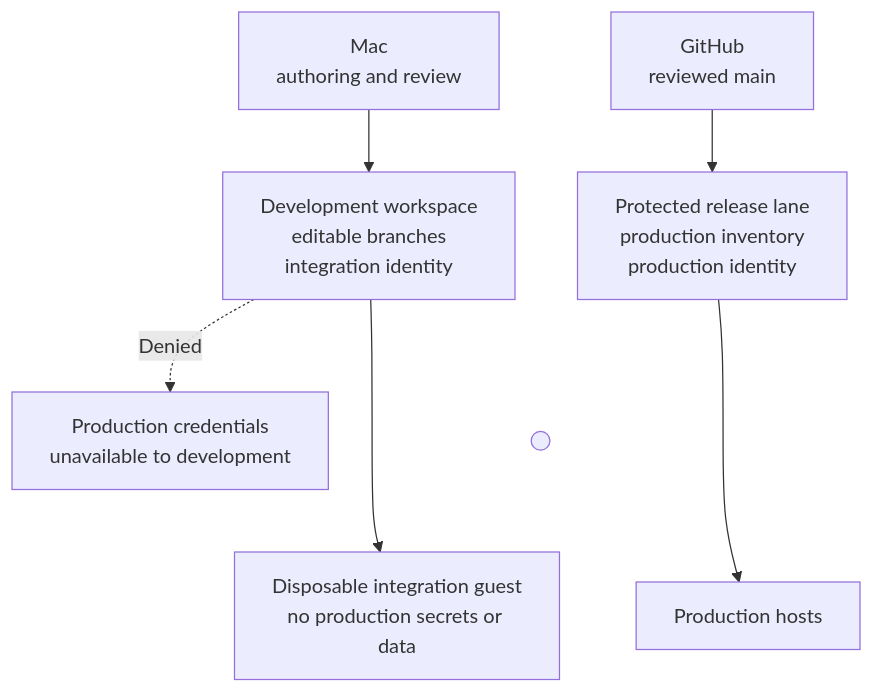
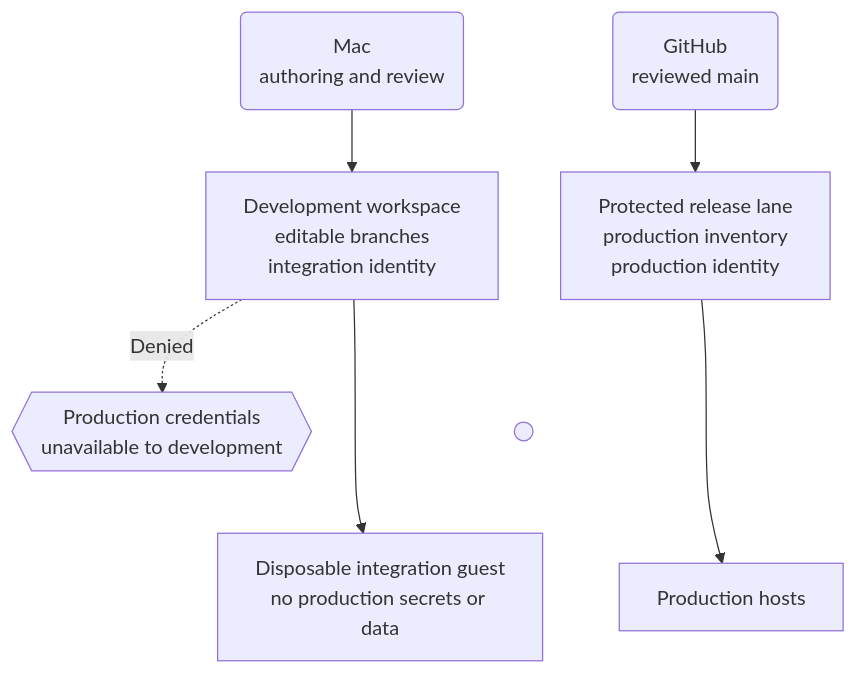
Before and after one commit to jnanic/jnanic.github.io: the third of 4 diagrams in site/content/blog/building-my-homelab-part5.md, drawn with Mermaid. The commit also changed other lines of this file and 3 other files, not shown here.

Commit message:
updated mermaind diagrams on rest of the blogs.

````diff
--- a/site/content/blog/building-my-homelab-part5.md
+++ b/site/content/blog/building-my-homelab-part5.md
@@ -137,31 +138,31 @@
 ```mermaid size=standard caption="Development and production authority separation"
 flowchart TB
     accTitle: Development and production authority separation
     accDescr: Mac development reaches a management controller development workspace and a disposable integration guest, while reviewed GitHub main enters a separate protected release lane with production credentials and access to production hosts.
 %% panel MGMT "Vishwakarma management VM": DEV,RELEASE,DENIED
 
-    MAC["Mac<br/>authoring and review"]
-    GITHUB["GitHub<br/>reviewed main"]
+    MAC("Mac<br/>authoring and review")
+    GITHUB("GitHub<br/>reviewed main")
     DEV["Development workspace<br/>editable branches<br/>integration identity"]
     RELEASE["Protected release lane<br/>production inventory<br/>production identity"]
-    DENIED["Production credentials<br/>unavailable to development"]
+    DENIED{{"Production credentials<br/>unavailable to development"}}
     INTEGRATION["Disposable integration guest<br/>no production secrets or data"]
     PRODUCTION["Production hosts"]
     OUTPUT_ROW(( ))
 
     MAC --> DEV
     GITHUB --> RELEASE
     DEV --> INTEGRATION
     RELEASE --> PRODUCTION
     DEV -. "Denied" .-> DENIED
     DEV ~~~ OUTPUT_ROW
     RELEASE ~~~ OUTPUT_ROW
     OUTPUT_ROW ~~~ INTEGRATION
     OUTPUT_ROW ~~~ PRODUCTION
 
     class MAC,GITHUB source;
-    class DEV,INTEGRATION control;
+    class DEV,INTEGRATION process;
     class RELEASE,PRODUCTION approved;
-    class DENIED denied;
+    class DENIED failure;
     class OUTPUT_ROW layout;
 ```
````
